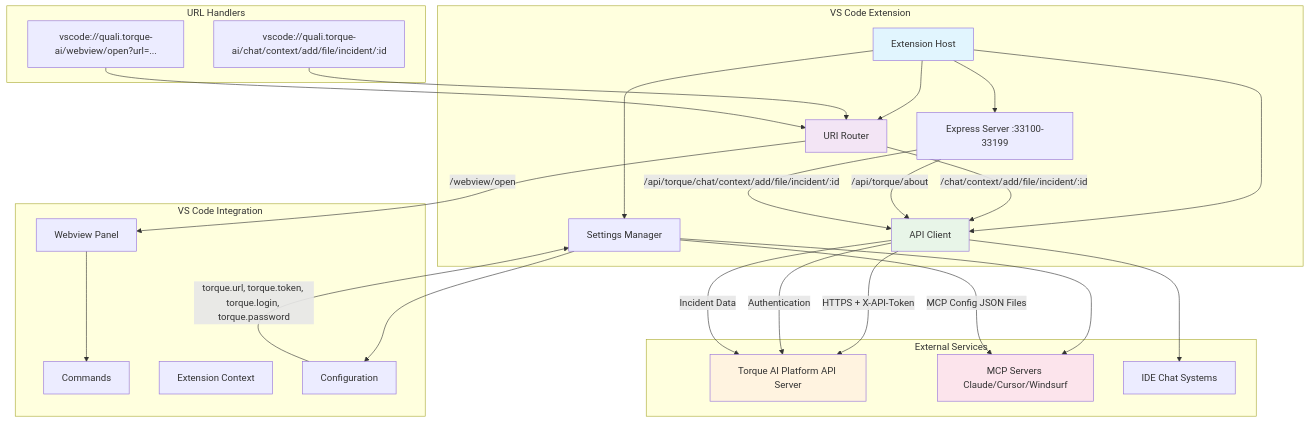
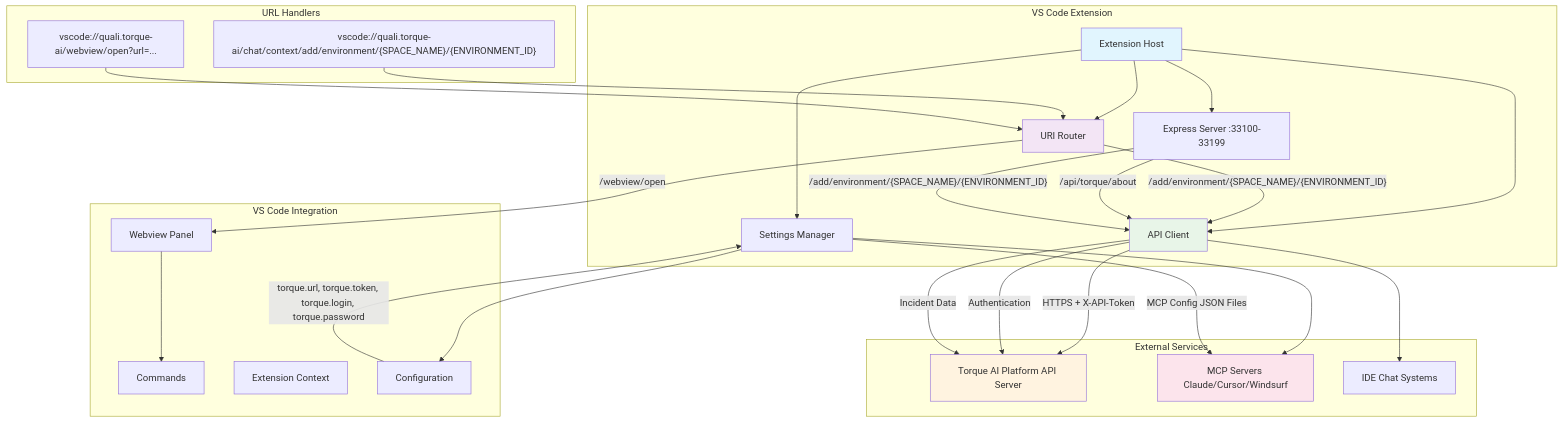
The diagram in README.md (doppleware/torque-vscode-extension), drawn with Mermaid before and after one commit. The commit also changed other lines of this file, not shown here.

````diff
--- a/README.md
+++ b/README.md
@@ -11,67 +11,67 @@
 ```mermaid
 graph TB
     subgraph "VS Code Extension"
         EXT[Extension Host]
         URI[URI Router]
         API[API Client]
         SET[Settings Manager]
         EXP[Express Server :33100-33199]
     end
 
     subgraph "VS Code Integration"
         CMD[Commands]
         WEB[Webview Panel]
         CTX[Extension Context]
         CFG[Configuration]
     end
 
     subgraph "External Services"
         TORQUE[Torque AI Platform API Server]
         MCP[MCP Servers Claude/Cursor/Windsurf]
         CHAT[IDE Chat Systems]
     end
 
     subgraph "URL Handlers"
-        URI1["vscode://quali.torque-ai/chat/context/add/file/incident/:id"]
+        URI1["vscode://quali.torque-ai/chat/context/add/environment/{SPACE_NAME}/{ENVIRONMENT_ID}"]
         URI2["vscode://quali.torque-ai/webview/open?url=..."]
     end
 
     %% Main flow
     EXT --> URI
     EXT --> API
     EXT --> SET
     EXT --> EXP
 
     %% URI handling
     URI1 --> URI
     URI2 --> URI
-    URI --> |"/chat/context/add/file/incident/:id"| API
+    URI --> |"/add/environment/{SPACE_NAME}/{ENVIRONMENT_ID}"| API
     URI --> |"/webview/open"| WEB
 
     %% API communication
     API --> |HTTPS + X-API-Token| TORQUE
     API --> |Authentication| TORQUE
     API --> |Incident Data| TORQUE
 
     %% Settings management
     SET --> CFG
     SET --> MCP
     CFG --> |torque.url, torque.token, torque.login, torque.password| SET
 
     %% Express server endpoints
     EXP --> |"/api/torque/about"| API
-    EXP --> |"/api/torque/chat/context/add/file/incident/:id"| API
+    EXP --> |"/add/environment/{SPACE_NAME}/{ENVIRONMENT_ID}"| API
 
     %% VS Code integration
     WEB --> CMD
     API --> CHAT
 
     %% External integrations
     SET --> |MCP Config JSON Files| MCP
 
     style EXT fill:#e1f5fe
     style URI fill:#f3e5f5
     style API fill:#e8f5e8
     style TORQUE fill:#fff3e0
     style MCP fill:#fce4ec
 ```
````
